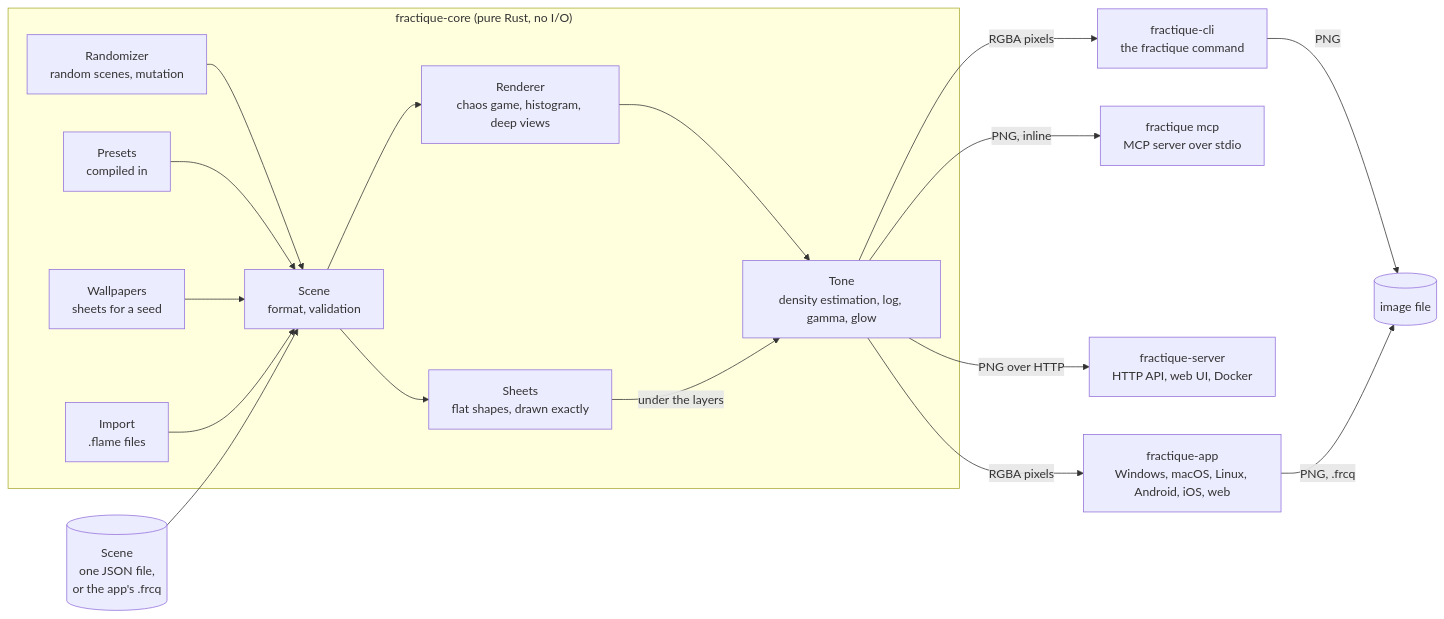
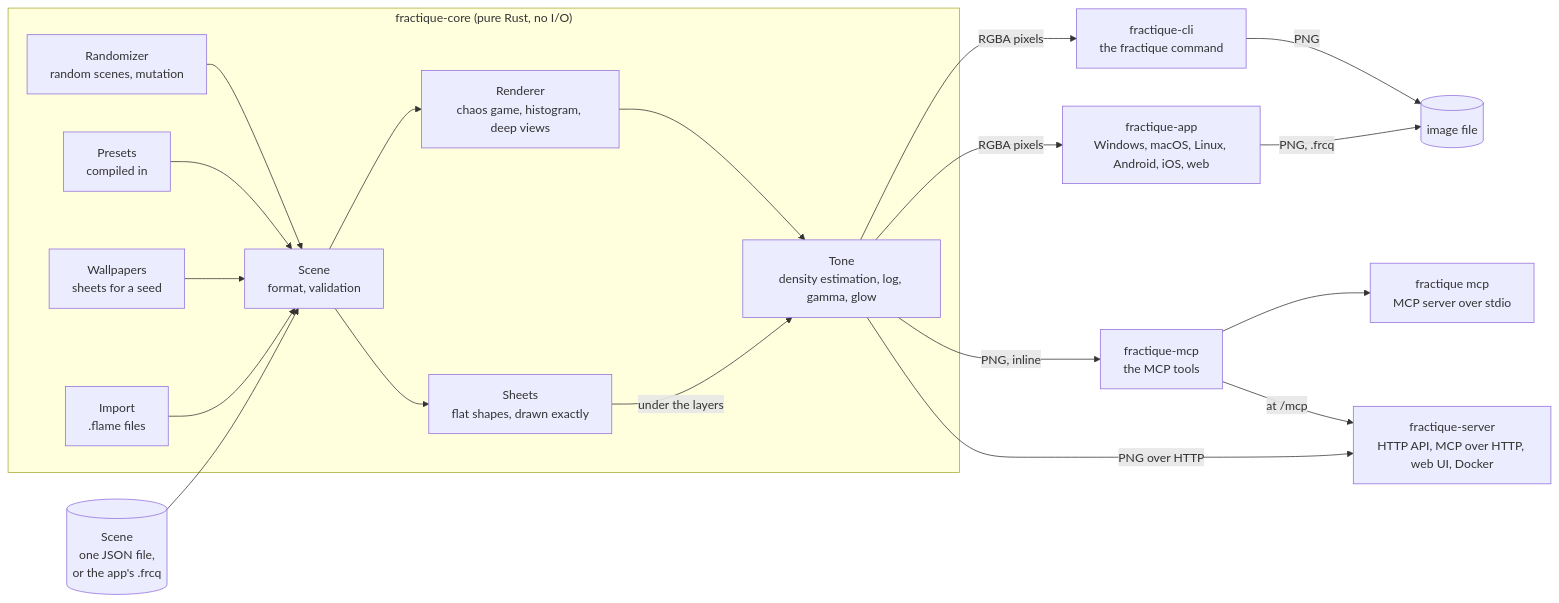
One commit to tarpetos/fractique changed the first of 2 diagrams in docs/architecture.md. Above: the diagram before and after it, drawn with Mermaid. The commit also changed other lines of this file and 36 other files, not shown here.

Commit message:
feat(server): speak MCP over HTTP at /mcp with the tools of the stdio server (#33)

````diff
--- a/docs/architecture.md
+++ b/docs/architecture.md
@@ -9,35 +9,38 @@
 ```mermaid
 flowchart LR
     SCENE[("Scene<br/>one JSON file,<br/>or the app's .frcq")]
 
     subgraph CORE["fractique-core (pure Rust, no I/O)"]
         VAL["Scene<br/>format, validation"]
         RND["Randomizer<br/>random scenes, mutation"]
         PRE["Presets<br/>compiled in"]
         WAL["Wallpapers<br/>sheets for a seed"]
         IMP["Import<br/>.flame files"]
         REN["Renderer<br/>chaos game, histogram, deep views"]
         TON["Tone<br/>density estimation, log, gamma, glow"]
         SHE["Sheets<br/>flat shapes, drawn exactly"]
         VAL --> REN --> TON
         VAL --> SHE
         RND --> VAL
         PRE --> VAL
         WAL --> VAL
         IMP --> VAL
     end
 
     CLI["fractique-cli<br/>the fractique command"]
+    TOOLS["fractique-mcp<br/>the MCP tools"]
     MCP["fractique mcp<br/>MCP server over stdio"]
-    SRV["fractique-server<br/>HTTP API, web UI, Docker"]
+    SRV["fractique-server<br/>HTTP API, MCP over HTTP, web UI, Docker"]
     APP["fractique-app<br/>Windows, macOS, Linux, Android, iOS, web"]
 
     SCENE --> VAL
     TON -- "RGBA pixels" --> CLI
     SHE -- "under the layers" --> TON
-    TON -- "PNG, inline" --> MCP
+    TON -- "PNG, inline" --> TOOLS
+    TOOLS --> MCP
+    TOOLS -- "at /mcp" --> SRV
     TON -- "PNG over HTTP" --> SRV
     TON -- "RGBA pixels" --> APP
     CLI -- "PNG" --> OUT[("image file")]
     APP -- "PNG, .frcq" --> OUT
 ```
````
